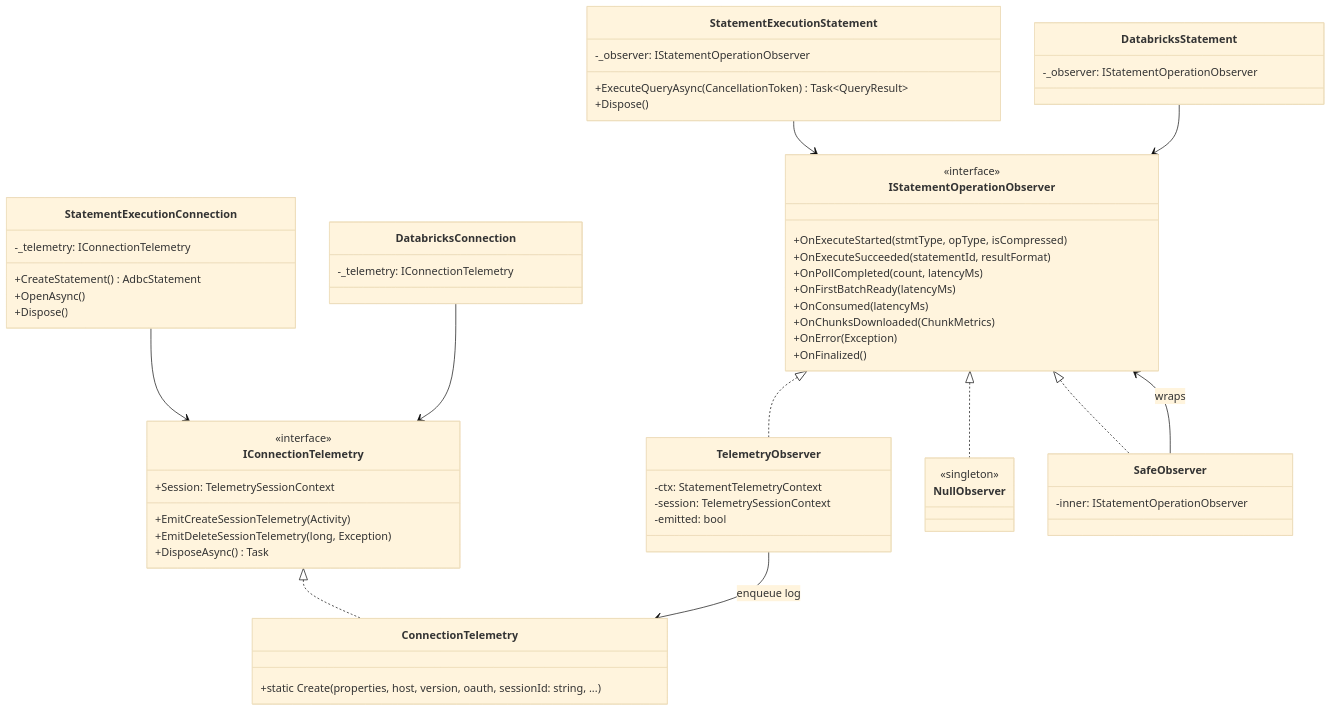
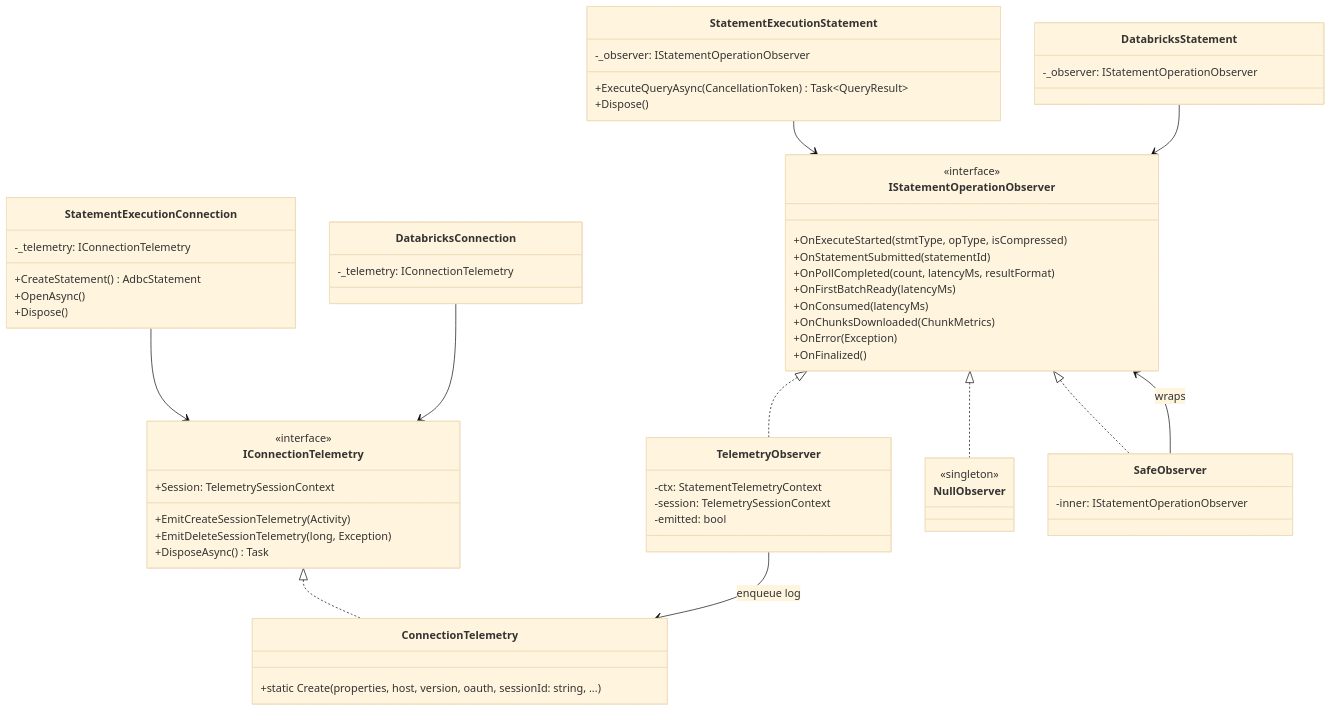
Before and after one commit to adbc-drivers/databricks: the first of 3 diagrams in docs/designs/PECO-3022-sea-telemetry-integration-design.md, drawn with Mermaid (base theme). The commit also changed other lines of this file, not shown here.

````diff
--- a/docs/designs/PECO-3022-sea-telemetry-integration-design.md
+++ b/docs/designs/PECO-3022-sea-telemetry-integration-design.md
@@ -57,72 +57,72 @@
 ```mermaid
 classDiagram
     class IConnectionTelemetry {
         <<interface>>
         +Session: TelemetrySessionContext
         +EmitCreateSessionTelemetry(Activity)
         +EmitDeleteSessionTelemetry(long, Exception)
         +DisposeAsync() Task
     }
 
     class ConnectionTelemetry {
         +static Create(properties, host, version, oauth, sessionId: string, ...)
     }
 
     class IStatementOperationObserver {
         <<interface>>
         +OnExecuteStarted(stmtType, opType, isCompressed)
-        +OnExecuteSucceeded(statementId, resultFormat)
-        +OnPollCompleted(count, latencyMs)
+        +OnStatementSubmitted(statementId)
+        +OnPollCompleted(count, latencyMs, resultFormat)
         +OnFirstBatchReady(latencyMs)
         +OnConsumed(latencyMs)
         +OnChunksDownloaded(ChunkMetrics)
         +OnError(Exception)
         +OnFinalized()
     }
 
     class TelemetryObserver {
         -ctx: StatementTelemetryContext
         -session: TelemetrySessionContext
         -emitted: bool
     }
 
     class NullObserver {
         <<singleton>>
     }
 
     class SafeObserver {
         -inner: IStatementOperationObserver
     }
 
     class StatementExecutionConnection {
         -_telemetry: IConnectionTelemetry
         +CreateStatement() AdbcStatement
         +OpenAsync()
         +Dispose()
     }
 
     class StatementExecutionStatement {
         -_observer: IStatementOperationObserver
         +ExecuteQueryAsync(CancellationToken) Task~QueryResult~
         +Dispose()
     }
 
     class DatabricksConnection {
         -_telemetry: IConnectionTelemetry
     }
 
     class DatabricksStatement {
         -_observer: IStatementOperationObserver
     }
 
     IConnectionTelemetry <|.. ConnectionTelemetry
     IStatementOperationObserver <|.. TelemetryObserver
     IStatementOperationObserver <|.. NullObserver
     IStatementOperationObserver <|.. SafeObserver
     SafeObserver --> IStatementOperationObserver : wraps
     StatementExecutionConnection --> IConnectionTelemetry
     DatabricksConnection --> IConnectionTelemetry
     StatementExecutionStatement --> IStatementOperationObserver
     DatabricksStatement --> IStatementOperationObserver
     TelemetryObserver --> ConnectionTelemetry : enqueue log
 ```
````
